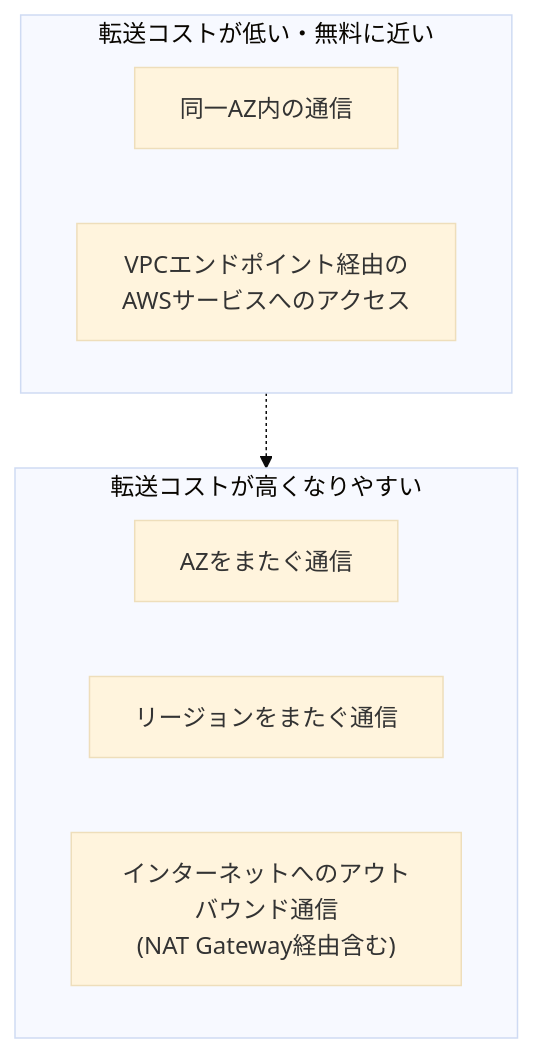
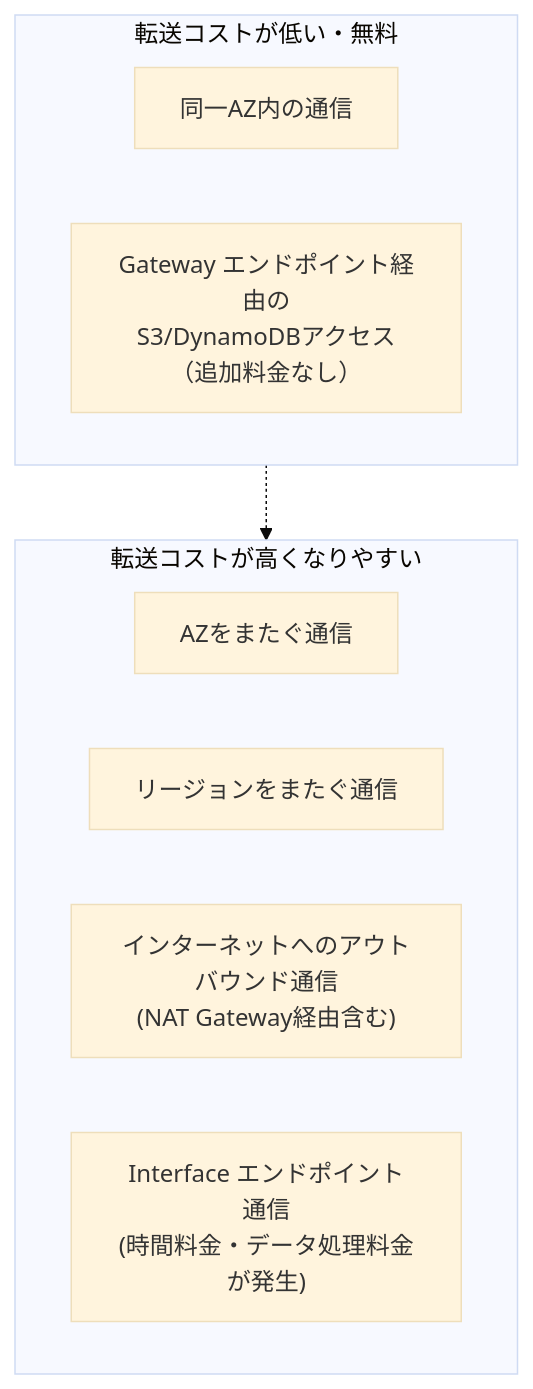
One commit to myoshi2891/Cloud-Infrastructure-Studies changed diagram 20 of 21 in AWS-Certified-Solutions-Architect-Associate.md. Above: the diagram before and after it, drawn with Mermaid (base theme). The commit also changed other lines of this file and 2 other files, not shown here.

````diff
--- a/AWS-Certified-Solutions-Architect-Associate.md
+++ b/AWS-Certified-Solutions-Architect-Associate.md
@@ -814,13 +821,14 @@
 ```mermaid
 flowchart TB
-    subgraph Cheap["転送コストが低い・無料に近い"]
+    subgraph Cheap["転送コストが低い・無料"]
         A["同一AZ内の通信"]
-        B["VPCエンドポイント経由の<br/>AWSサービスへのアクセス"]
+        B["Gateway エンドポイント経由の<br/>S3/DynamoDBアクセス（追加料金なし）"]
     end
     subgraph Costly["転送コストが高くなりやすい"]
         C["AZをまたぐ通信"]
         D["リージョンをまたぐ通信"]
         E["インターネットへのアウトバウンド通信<br/>(NAT Gateway経由含む)"]
+        F["Interface エンドポイント通信<br/>(時間料金・データ処理料金が発生)"]
     end
     Cheap -.-> Costly
 ```
````
